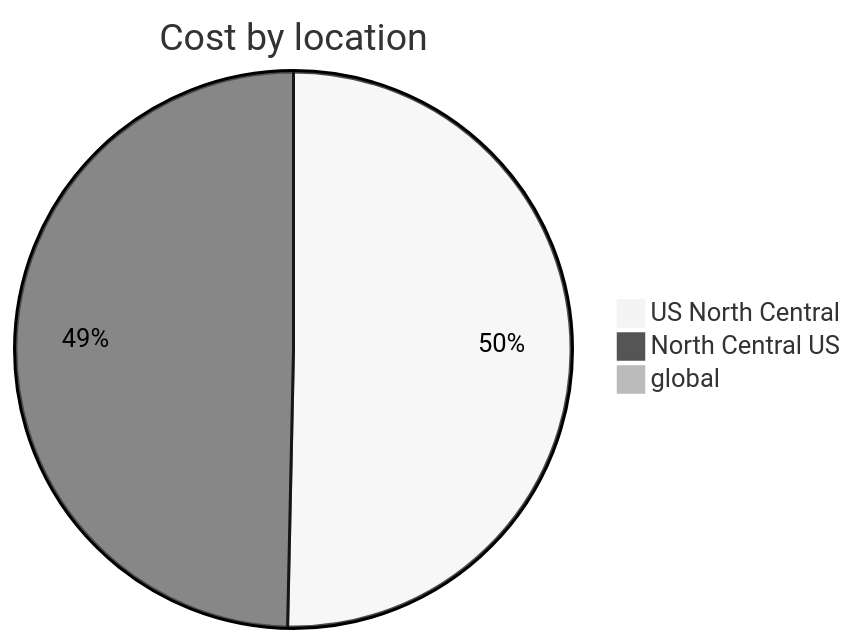
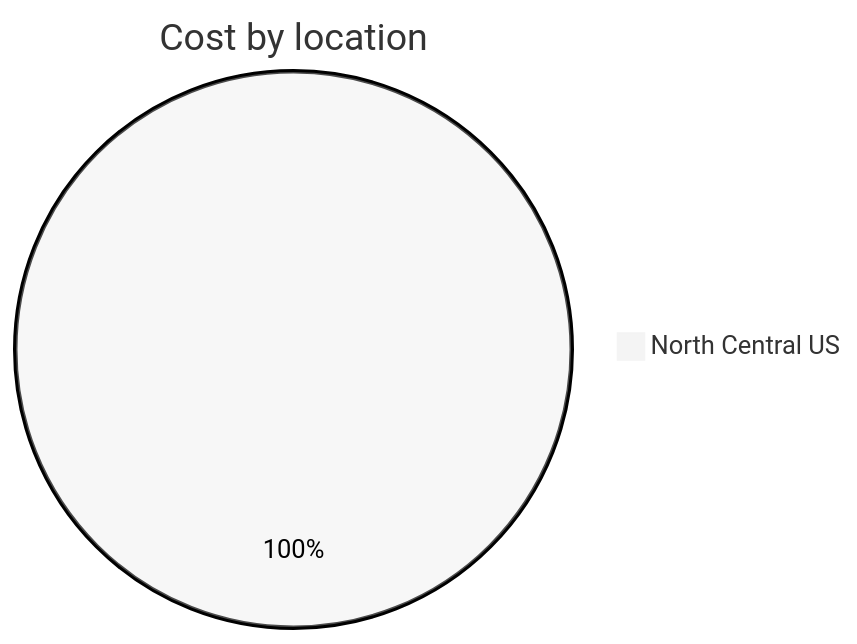
One commit to jpfulton/azure-personal-reports changed the third of 4 diagrams in cost-reports/personal-network/README.md. Above: the diagram before and after it, drawn with Mermaid (neutral theme). The commit also changed other lines of this file and 8 other files, not shown here.

````diff
--- a/cost-reports/personal-network/README.md
+++ b/cost-reports/personal-network/README.md
@@ -117,7 +105,5 @@
 ```mermaid
 pie
    title Cost by location
-   "US North Central" : 26.05
-   "North Central US" : 25.70
-   "global" : 0.48
+   "North Central US" : 0.09
 ```
````
